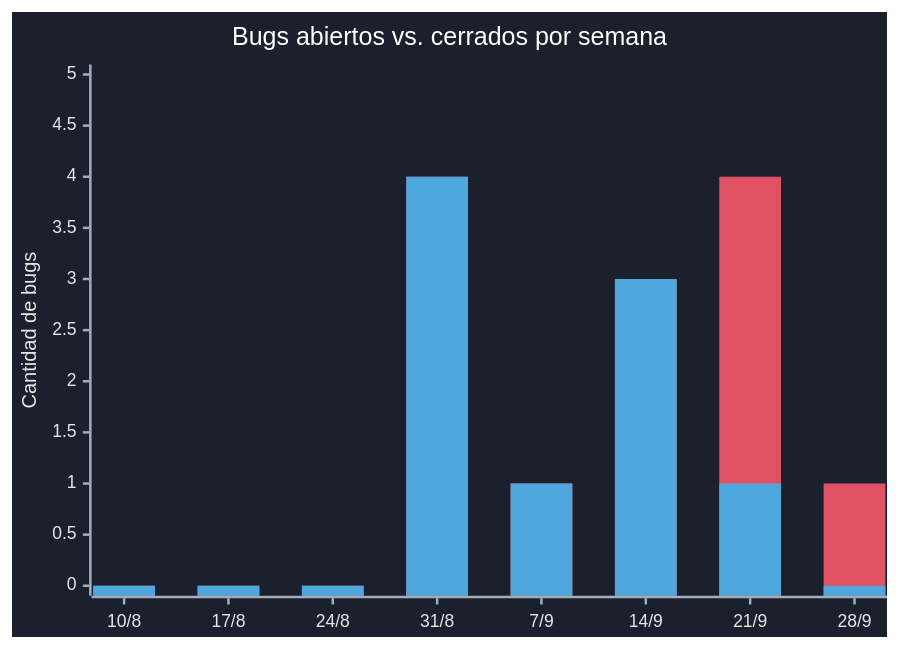
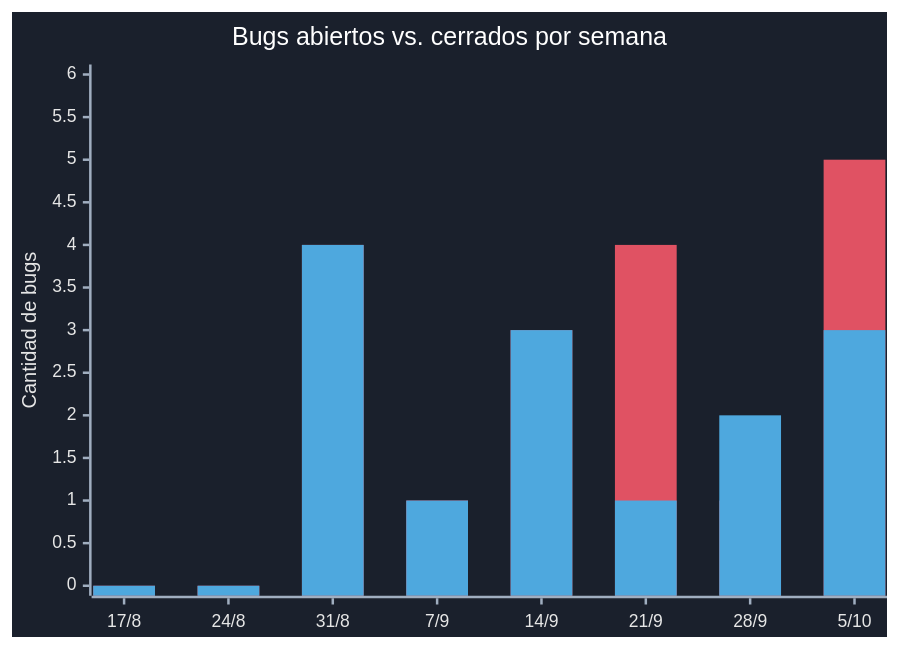
The diagram in docs/dashboard-bugs-github.md (VED-VirtualExperienceDevelopment/bistrolink), drawn with Mermaid before and after one commit. The commit also changed other lines of this file, not shown here.

Commit message:
chore: actualizar dashboard de bugs (#253)

````diff
--- a/docs/dashboard-bugs-github.md
+++ b/docs/dashboard-bugs-github.md
@@ -27,24 +27,24 @@
 ```mermaid
 %%{init: {'theme':'base', 'themeVariables': {
   'background': '#1a202c',
   'xyChart': {
     'backgroundColor': '#1a202c',
     'titleColor': '#ffffff',
     'xAxisLabelColor': '#e6e6e6',
     'xAxisTitleColor': '#e6e6e6',
     'xAxisTickColor': '#a0aec0',
     'xAxisLineColor': '#a0aec0',
     'yAxisLabelColor': '#e6e6e6',
     'yAxisTitleColor': '#e6e6e6',
     'yAxisTickColor': '#a0aec0',
     'yAxisLineColor': '#a0aec0',
     'plotColorPalette': '#e05263, #4ea8de'
   }
 }}}%%
 xychart-beta
     title "Bugs abiertos vs. cerrados por semana"
-    x-axis ["10/8", "17/8", "24/8", "31/8", "7/9", "14/9", "21/9", "28/9"]
-    y-axis "Cantidad de bugs" 0 --> 5
-    bar "Abiertos" [0, 0, 0, 4, 1, 3, 4, 1]
-    bar "Cerrados" [0, 0, 0, 4, 1, 3, 1, 0]
+    x-axis ["17/8", "24/8", "31/8", "7/9", "14/9", "21/9", "28/9", "5/10"]
+    y-axis "Cantidad de bugs" 0 --> 6
+    bar "Abiertos" [0, 0, 4, 1, 3, 4, 1, 5]
+    bar "Cerrados" [0, 0, 4, 1, 3, 1, 2, 3]
 ```
````
